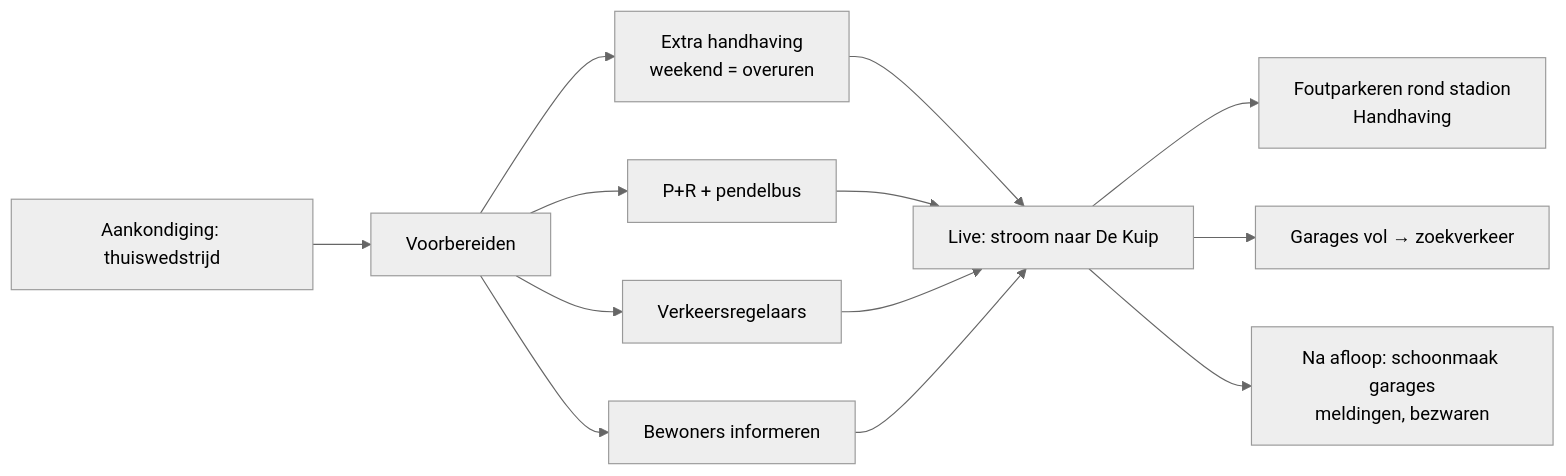
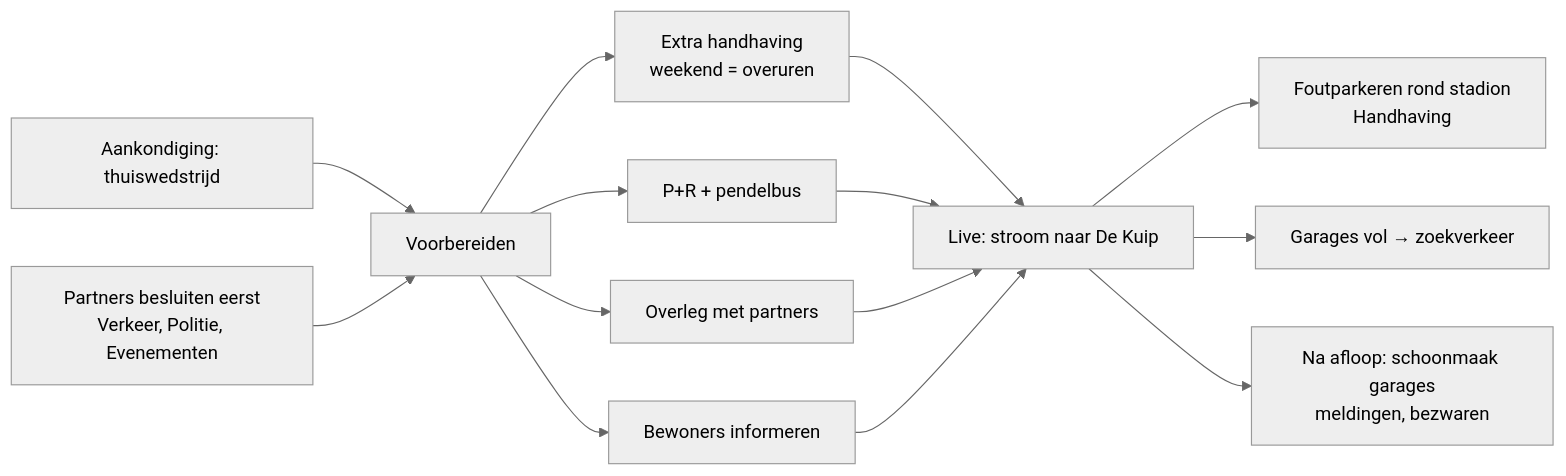
Before and after one commit to RoberR1990/MaasstadParkeert: the sixth of 8 diagrams in docs/KETENS.md, drawn with Mermaid (neutral theme). The commit also changed other lines of this file and 1 other file, not shown here.

First line of the commit message:
Ketens v0.2: validatie Robert verwerkt (eigen monteurs, verkeersbesluit gestileerd, parkeernorm als knop, Parkeren volgend bij evenementen)

````diff
--- a/docs/KETENS.md
+++ b/docs/KETENS.md
@@ -117,12 +117,13 @@
 ```mermaid
 flowchart LR
   A[Aankondiging: thuiswedstrijd] --> B[Voorbereiden]
   B --> B1[Extra handhaving<br/>weekend = overuren]
   B --> B2[P+R + pendelbus]
-  B --> B3[Verkeersregelaars]
+  P[Partners besluiten eerst<br/>Verkeer, Politie, Evenementen] --> B
+  B --> B3[Overleg met partners]
   B --> B4[Bewoners informeren]
   B1 & B2 & B3 & B4 --> C[Live: stroom naar De Kuip]
   C --> D[Foutparkeren rond stadion<br/>Handhaving]
   C --> E[Garages vol → zoekverkeer]
   C --> F[Na afloop: schoonmaak garages<br/>meldingen, bezwaren]
 ```
````
